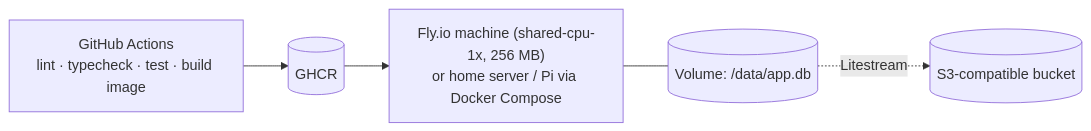
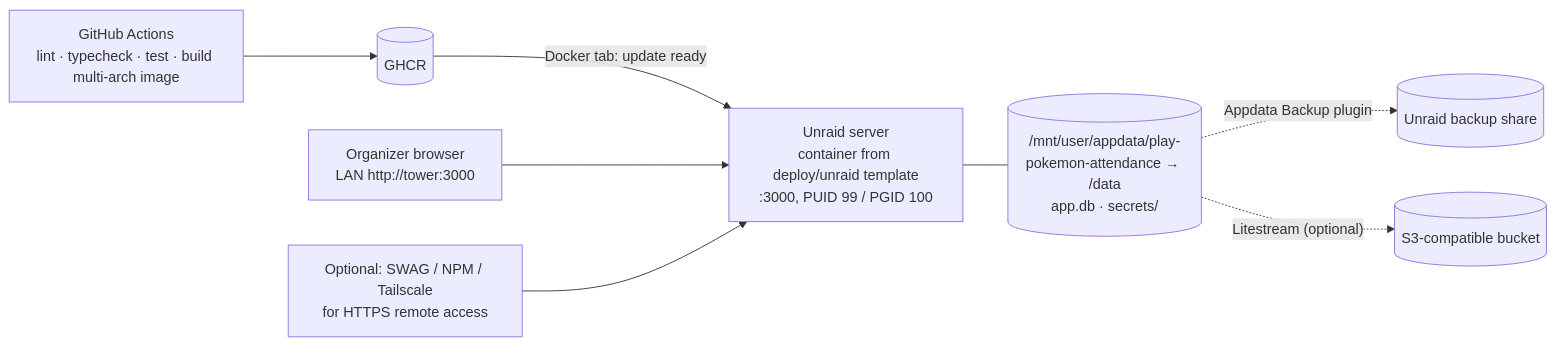
One commit to Towerism/play-pokemon-attendance-web changed the fifth of 5 diagrams in docs/architecture/README.md. Above: the diagram before and after it, drawn with Mermaid. The commit also changed other lines of this file and 5 other files, not shown here.

First line of the commit message:
docs: ADR-0006 production deployment as a Docker container on Unraid

````diff
--- a/docs/architecture/README.md
+++ b/docs/architecture/README.md
@@ -504,7 +514,10 @@
 ```mermaid
 flowchart LR
-  GH["GitHub Actions<br/>lint · typecheck · test · build image"] --> REG[(GHCR)]
-  REG --> HOST["Fly.io machine (shared-cpu-1x, 256 MB)<br/>or home server / Pi via Docker Compose"]
-  HOST --- VOL[("Volume: /data/app.db")]
-  VOL -. Litestream .-> B2[("S3-compatible bucket")]
+  GH["GitHub Actions<br/>lint · typecheck · test · build multi-arch image"] --> REG[(GHCR)]
+  REG -- "Docker tab: update ready" --> HOST["Unraid server<br/>container from deploy/unraid template<br/>:3000, PUID 99 / PGID 100"]
+  HOST --- VOL[("/mnt/user/appdata/play-pokemon-attendance → /data<br/>app.db · secrets/")]
+  VOL -. "Appdata Backup plugin" .-> AB[("Unraid backup share")]
+  VOL -. "Litestream (optional)" .-> B2[("S3-compatible bucket")]
+  LAN["Organizer browser<br/>LAN http://tower:3000"] --> HOST
+  RP["Optional: SWAG / NPM / Tailscale<br/>for HTTPS remote access"] --> HOST
 ```
````
